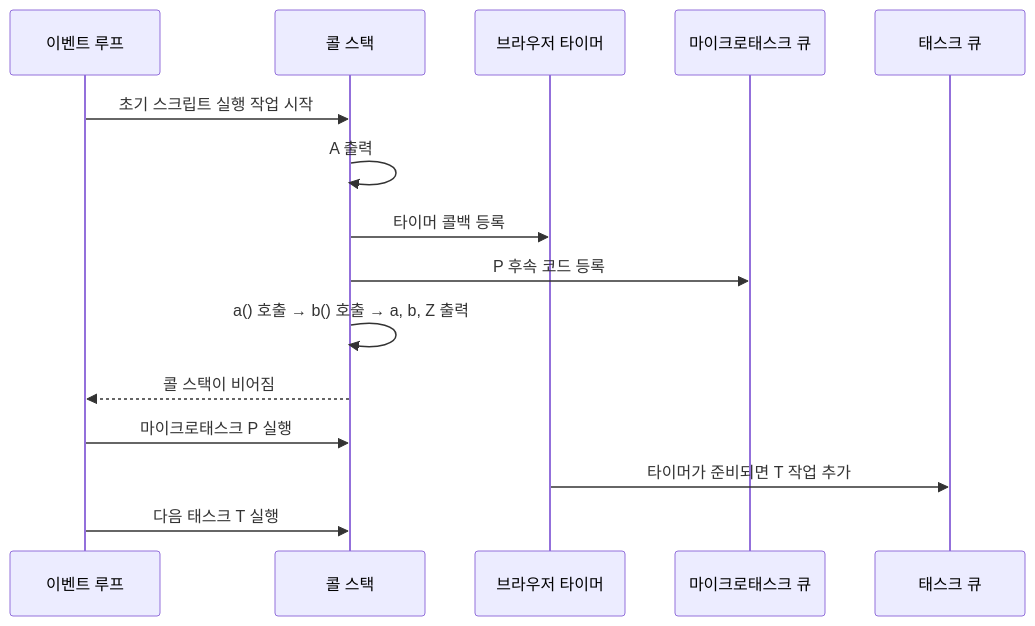
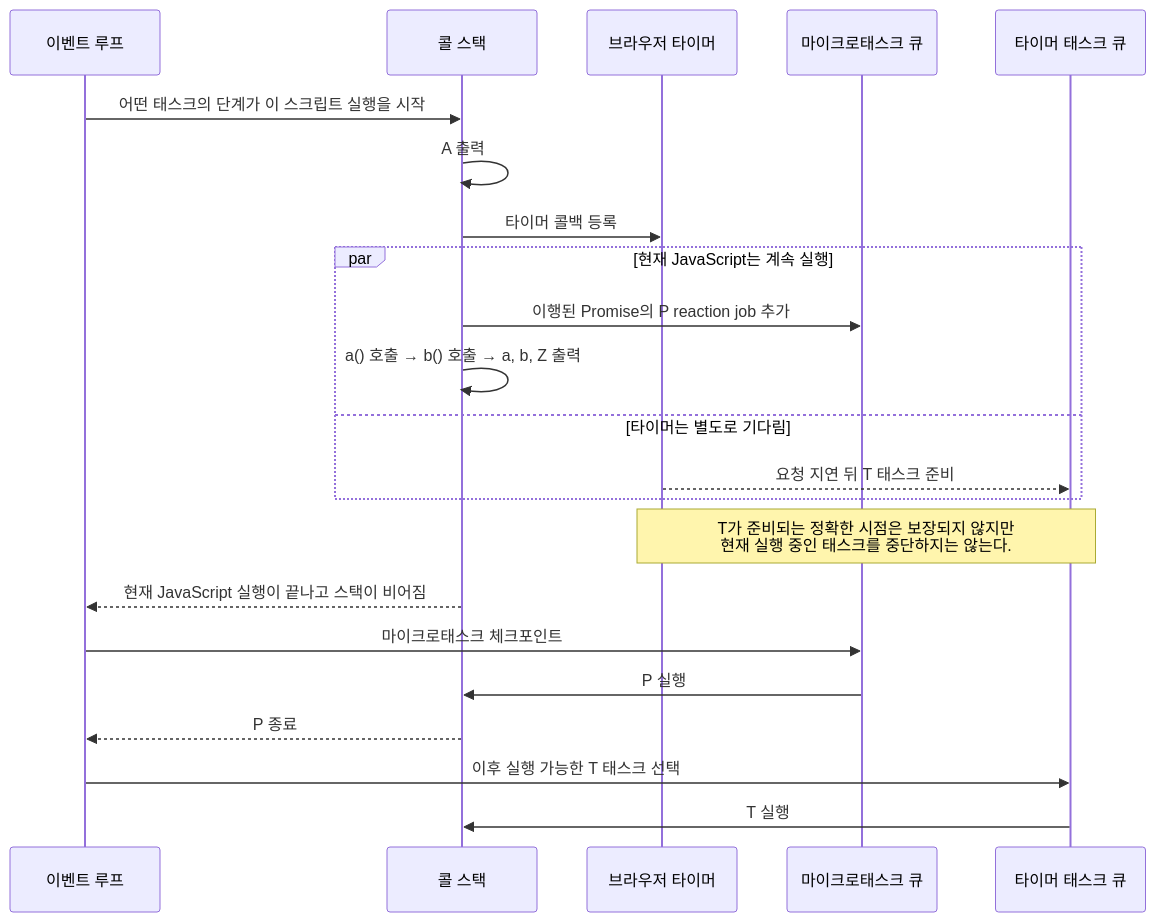
Before and after one commit to lee-gimoon/futures-paper-trading: the second of 2 diagrams in docs/frontend-study/06-main-thread-call-stack-and-event-loop.md, drawn with Mermaid. The commit also changed other lines of this file, not shown here.

Commit message:
docs: clarify browser JavaScript execution model

````diff
--- a/docs/frontend-study/06-main-thread-call-stack-and-event-loop.md
+++ b/docs/frontend-study/06-main-thread-call-stack-and-event-loop.md
@@ -132,18 +236,25 @@
 ```mermaid
 sequenceDiagram
   participant EL as 이벤트 루프
   participant CS as 콜 스택
   participant B as 브라우저 타이머
   participant MQ as 마이크로태스크 큐
-  participant TQ as 태스크 큐
+  participant TQ as 타이머 태스크 큐
 
-  EL->>CS: 초기 스크립트 실행 작업 시작
+  EL->>CS: 어떤 태스크의 단계가 이 스크립트 실행을 시작
   CS->>CS: A 출력
   CS->>B: 타이머 콜백 등록
-  CS->>MQ: P 후속 코드 등록
-  CS->>CS: a() 호출 → b() 호출 → a, b, Z 출력
-  CS-->>EL: 콜 스택이 비어짐
-  EL->>CS: 마이크로태스크 P 실행
-  B->>TQ: 타이머가 준비되면 T 작업 추가
-  EL->>CS: 다음 태스크 T 실행
+  par 현재 JavaScript는 계속 실행
+    CS->>MQ: 이행된 Promise의 P reaction job 추가
+    CS->>CS: a() 호출 → b() 호출 → a, b, Z 출력
+  and 타이머는 별도로 기다림
+    B-->>TQ: 요청 지연 뒤 T 태스크 준비
+  end
+  Note over B,TQ: T가 준비되는 정확한 시점은 보장되지 않지만<br/>현재 실행 중인 태스크를 중단하지는 않는다.
+  CS-->>EL: 현재 JavaScript 실행이 끝나고 스택이 비어짐
+  EL->>MQ: 마이크로태스크 체크포인트
+  MQ->>CS: P 실행
+  CS-->>EL: P 종료
+  EL->>TQ: 이후 실행 가능한 T 태스크 선택
+  TQ->>CS: T 실행
 ```
````
